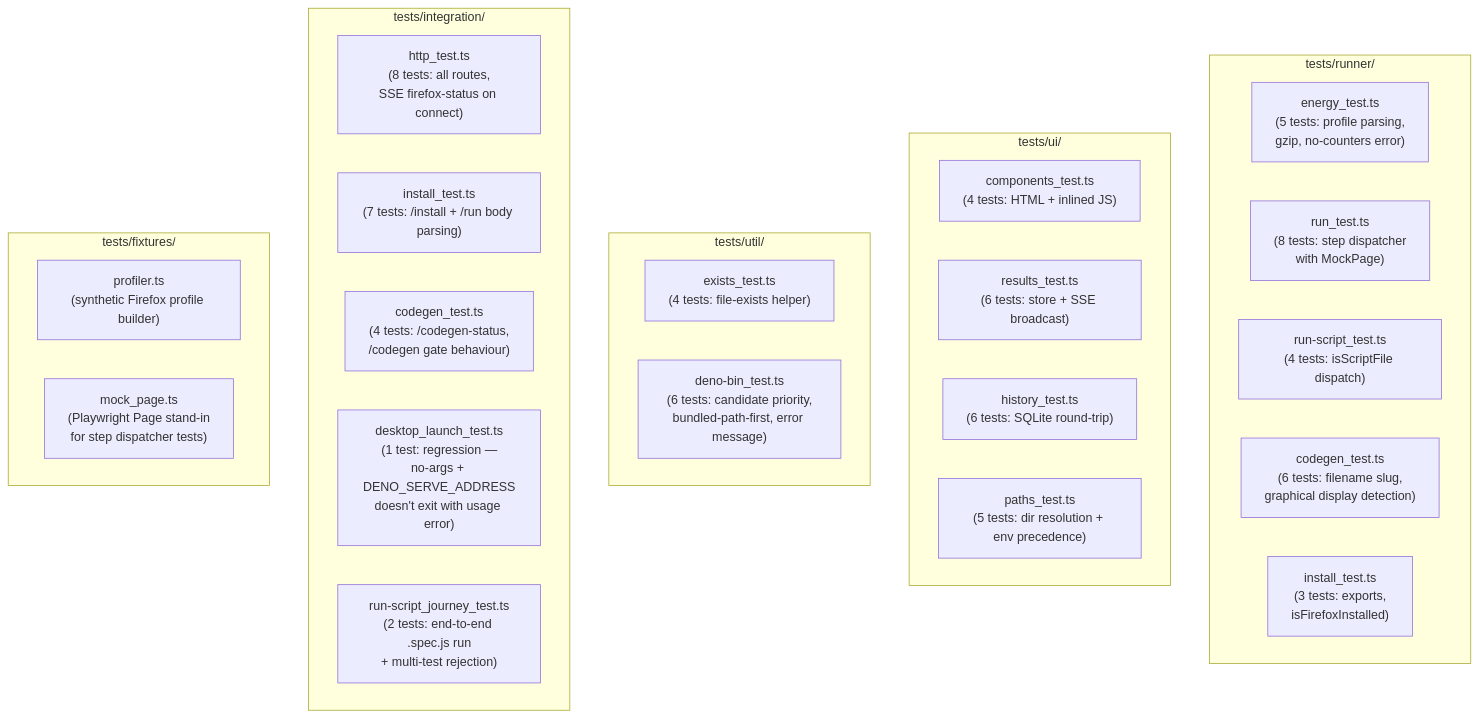
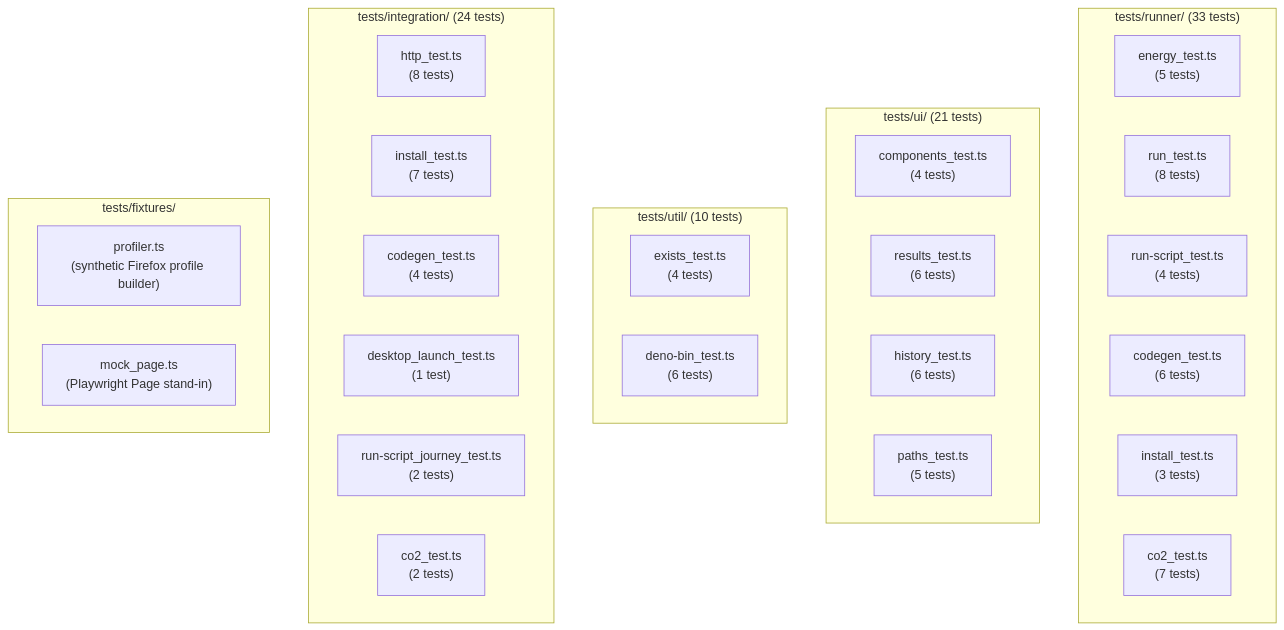
One commit to mrchrisadams/co2-runner changed diagram 13 of 13 in docs/architecture.md. Above: the diagram before and after it, drawn with Mermaid. The commit also changed other lines of this file, not shown here.

First line of the commit message:
Add C4 model diagrams to architecture.md + update out-of-date sections

````diff
--- a/docs/architecture.md
+++ b/docs/architecture.md
@@ -401,35 +501,37 @@
 ```mermaid
 graph TB
-    subgraph "tests/runner/"
-        ENERGY_T["energy_test.ts<br/>(5 tests: profile parsing,<br/>gzip, no-counters error)"]
-        RUN_T["run_test.ts<br/>(8 tests: step dispatcher<br/>with MockPage)"]
-        RUNSCRIPT_T["run-script_test.ts<br/>(4 tests: isScriptFile dispatch)"]
-        CODEGEN_T["codegen_test.ts<br/>(6 tests: filename slug,<br/>graphical display detection)"]
-        INSTALL_T["install_test.ts<br/>(3 tests: exports,<br/>isFirefoxInstalled)"]
+    subgraph "tests/runner/ (33 tests)"
+        ENERGY_T["energy_test.ts<br/>(5 tests)"]
+        RUN_T["run_test.ts<br/>(8 tests)"]
+        RUNSCRIPT_T["run-script_test.ts<br/>(4 tests)"]
+        CODEGEN_T["codegen_test.ts<br/>(6 tests)"]
+        INSTALL_T["install_test.ts<br/>(3 tests)"]
+        CO2_T["co2_test.ts<br/>(7 tests)"]
     end
 
-    subgraph "tests/ui/"
-        COMPONENTS_T["components_test.ts<br/>(4 tests: HTML + inlined JS)"]
-        RESULTS_T["results_test.ts<br/>(6 tests: store + SSE broadcast)"]
-        HISTORY_T["history_test.ts<br/>(6 tests: SQLite round-trip)"]
-        PATHS_T["paths_test.ts<br/>(5 tests: dir resolution + env precedence)"]
+    subgraph "tests/ui/ (21 tests)"
+        COMPONENTS_T["components_test.ts<br/>(4 tests)"]
+        RESULTS_T["results_test.ts<br/>(6 tests)"]
+        HISTORY_T["history_test.ts<br/>(6 tests)"]
+        PATHS_T["paths_test.ts<br/>(5 tests)"]
     end
 
-    subgraph "tests/util/"
-        EXISTS_T["exists_test.ts<br/>(4 tests: file-exists helper)"]
-        DENOBIN_T["deno-bin_test.ts<br/>(6 tests: candidate priority,<br/>bundled-path-first, error message)"]
+    subgraph "tests/util/ (10 tests)"
+        EXISTS_T["exists_test.ts<br/>(4 tests)"]
+        DENOBIN_T["deno-bin_test.ts<br/>(6 tests)"]
     end
 
-    subgraph "tests/integration/"
-        HTTP_T["http_test.ts<br/>(8 tests: all routes,<br/>SSE firefox-status on connect)"]
-        INSTALL_T2["install_test.ts<br/>(7 tests: /install + /run body parsing)"]
-        CODEGEN_T2["codegen_test.ts<br/>(4 tests: /codegen-status,<br/>/codegen gate behaviour)"]
-        DESKTOP_T["desktop_launch_test.ts<br/>(1 test: regression —<br/>no-args + DENO_SERVE_ADDRESS<br/>doesn't exit with usage error)"]
-        RUNSCRIPT_T2["run-script_journey_test.ts<br/>(2 tests: end-to-end .spec.js run<br/>+ multi-test rejection)"]
+    subgraph "tests/integration/ (24 tests)"
+        HTTP_T["http_test.ts<br/>(8 tests)"]
+        INSTALL_T2["install_test.ts<br/>(7 tests)"]
+        CODEGEN_T2["codegen_test.ts<br/>(4 tests)"]
+        DESKTOP_T["desktop_launch_test.ts<br/>(1 test)"]
+        RUNSCRIPT_T2["run-script_journey_test.ts<br/>(2 tests)"]
+        CO2_T2["co2_test.ts<br/>(2 tests)"]
     end
 
     subgraph "tests/fixtures/"
         PROFILER_T["profiler.ts<br/>(synthetic Firefox profile builder)"]
-        MOCKPAGE_T["mock_page.ts<br/>(Playwright Page stand-in<br/>for step dispatcher tests)"]
+        MOCKPAGE_T["mock_page.ts<br/>(Playwright Page stand-in)"]
     end
 ```
````
